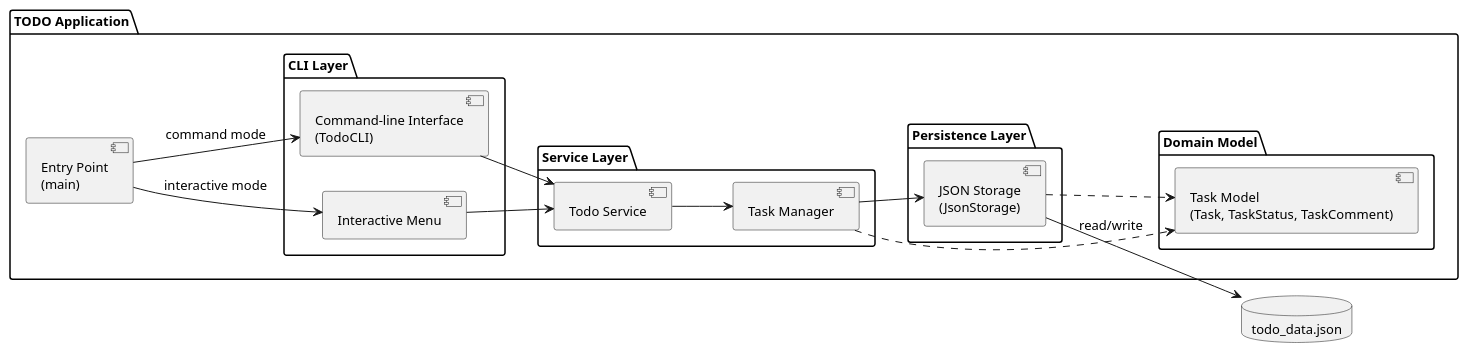
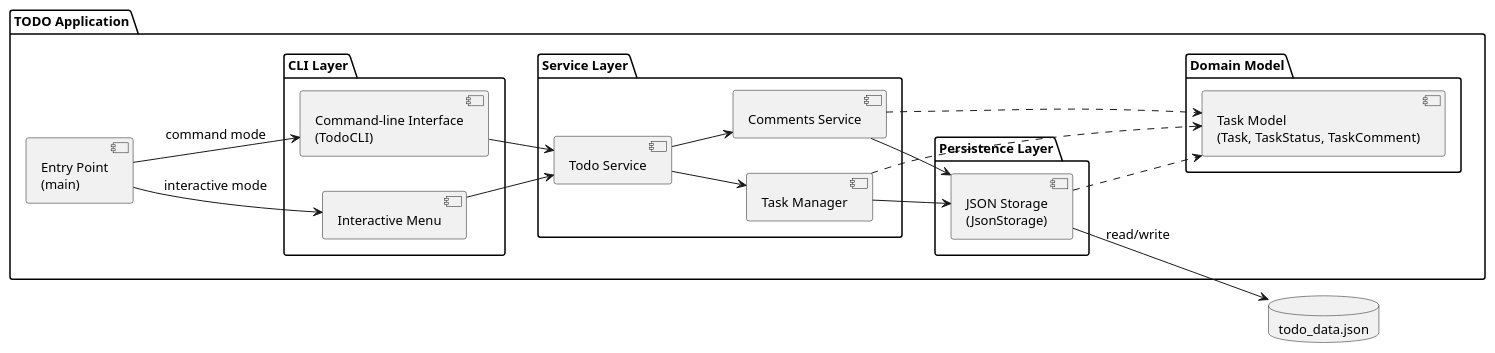
Before and after one commit to DanielRiha8906/Software_autoevolution_using_agents: the diagram in experiments/broadcast/structured_text/TODO/artifacts/component_diagram.puml, drawn with PlantUML. The commit also changed 12 other files, not shown here.

```diff
--- a/experiments/broadcast/structured_text/TODO/artifacts/component_diagram.puml
+++ b/experiments/broadcast/structured_text/TODO/artifacts/component_diagram.puml
@@ -1,46 +1,50 @@
 @startuml component_diagram
 
 skinparam componentStyle uml2
 skinparam defaultFontSize 13
 
 left to right direction
 
 package "TODO Application" {
 
     component "Entry Point\n(main)" as Main
 
     package "CLI Layer" {
         component "Interactive Menu" as IM
         component "Command-line Interface\n(TodoCLI)" as CLI
     }
 
     package "Service Layer" {
         component "Todo Service" as SVC
         component "Task Manager" as MGR
+        component "Comments Service" as CMTS
     }
 
     package "Domain Model" {
         component "Task Model\n(Task, TaskStatus, TaskComment)" as Model
     }
 
     package "Persistence Layer" {
         component "JSON Storage\n(JsonStorage)" as Storage
     }
 }
 
 database "todo_data.json" as DB
 
 Main --> IM : interactive mode
 Main --> CLI : command mode
 
 IM --> SVC
 CLI --> SVC
 
 SVC --> MGR
+SVC --> CMTS
 MGR --> Storage
+CMTS --> Storage
 MGR ..> Model
+CMTS ..> Model
 Storage ..> Model
 
 Storage --> DB : read/write
 
 @enduml
```
